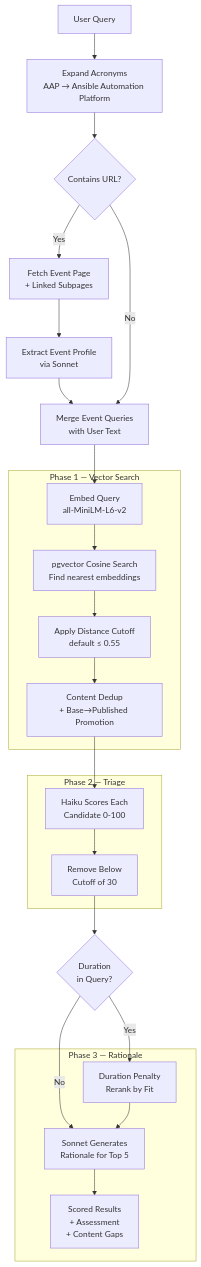
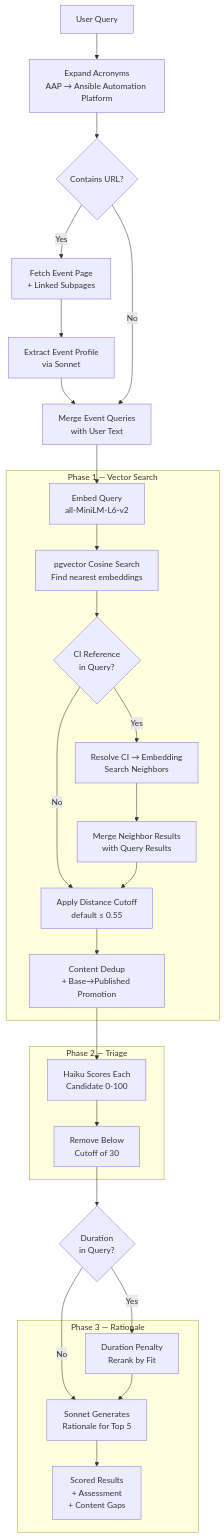
The diagram in docs/architecture/recommendation-engine.md (rhpds/rcars), drawn with Mermaid before and after one commit. The commit also changed other lines of this file and 2 other files, not shown here.

````diff
--- a/docs/architecture/recommendation-engine.md
+++ b/docs/architecture/recommendation-engine.md
@@ -12,30 +12,34 @@
 ```mermaid
 flowchart TD
     Q[User Query] --> Acronym[Expand Acronyms<br/>AAP → Ansible Automation Platform]
     Acronym --> URLCheck{Contains URL?}
     URLCheck -->|Yes| Fetch[Fetch Event Page<br/>+ Linked Subpages]
     Fetch --> Extract[Extract Event Profile<br/>via Sonnet]
     Extract --> Merge[Merge Event Queries<br/>with User Text]
     URLCheck -->|No| Merge
     Merge --> Embed[Embed Query<br/>all-MiniLM-L6-v2]
 
     subgraph "Phase 1 — Vector Search"
         Embed --> PGV[pgvector Cosine Search<br/>Find nearest embeddings]
-        PGV --> Cutoff[Apply Distance Cutoff<br/>default ≤ 0.55]
+        PGV --> CIRef{CI Reference<br/>in Query?}
+        CIRef -->|Yes| Resolve[Resolve CI → Embedding<br/>Search Neighbors]
+        CIRef -->|No| Cutoff
+        Resolve --> MergeResults[Merge Neighbor Results<br/>with Query Results]
+        MergeResults --> Cutoff[Apply Distance Cutoff<br/>default ≤ 0.55]
         Cutoff --> Dedup[Content Dedup<br/>+ Base→Published Promotion]
     end
 
     subgraph "Phase 2 — Triage"
         Dedup --> Haiku[Haiku Scores Each<br/>Candidate 0-100]
         Haiku --> Filter[Remove Below<br/>Cutoff of 30]
     end
 
     Filter --> DurCheck{Duration<br/>in Query?}
     DurCheck -->|Yes| Rerank[Duration Penalty<br/>Rerank by Fit]
     DurCheck -->|No| P3
 
     subgraph "Phase 3 — Rationale"
         Rerank --> P3[Sonnet Generates<br/>Rationale for Top 5]
         P3 --> Results[Scored Results<br/>+ Assessment<br/>+ Content Gaps]
     end
 ```
````
